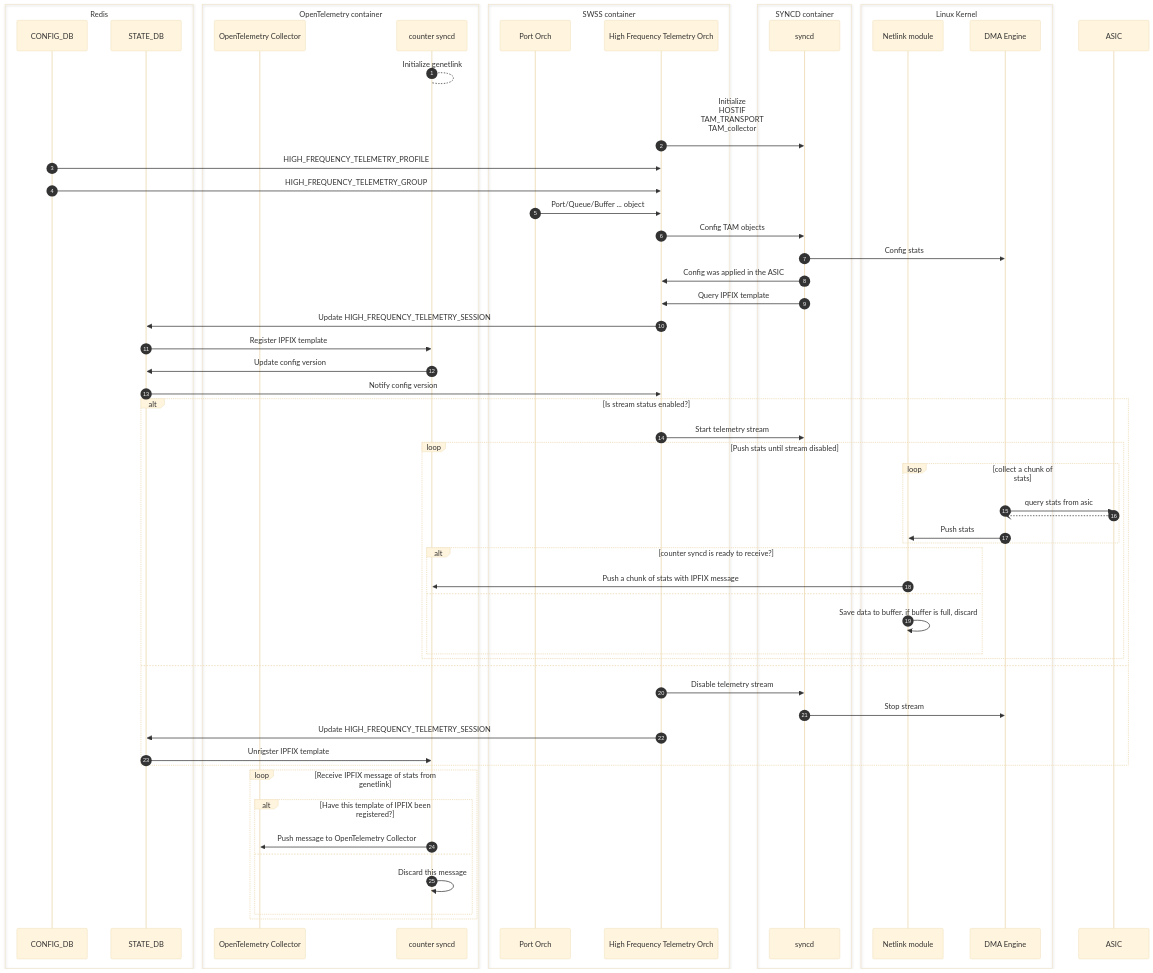
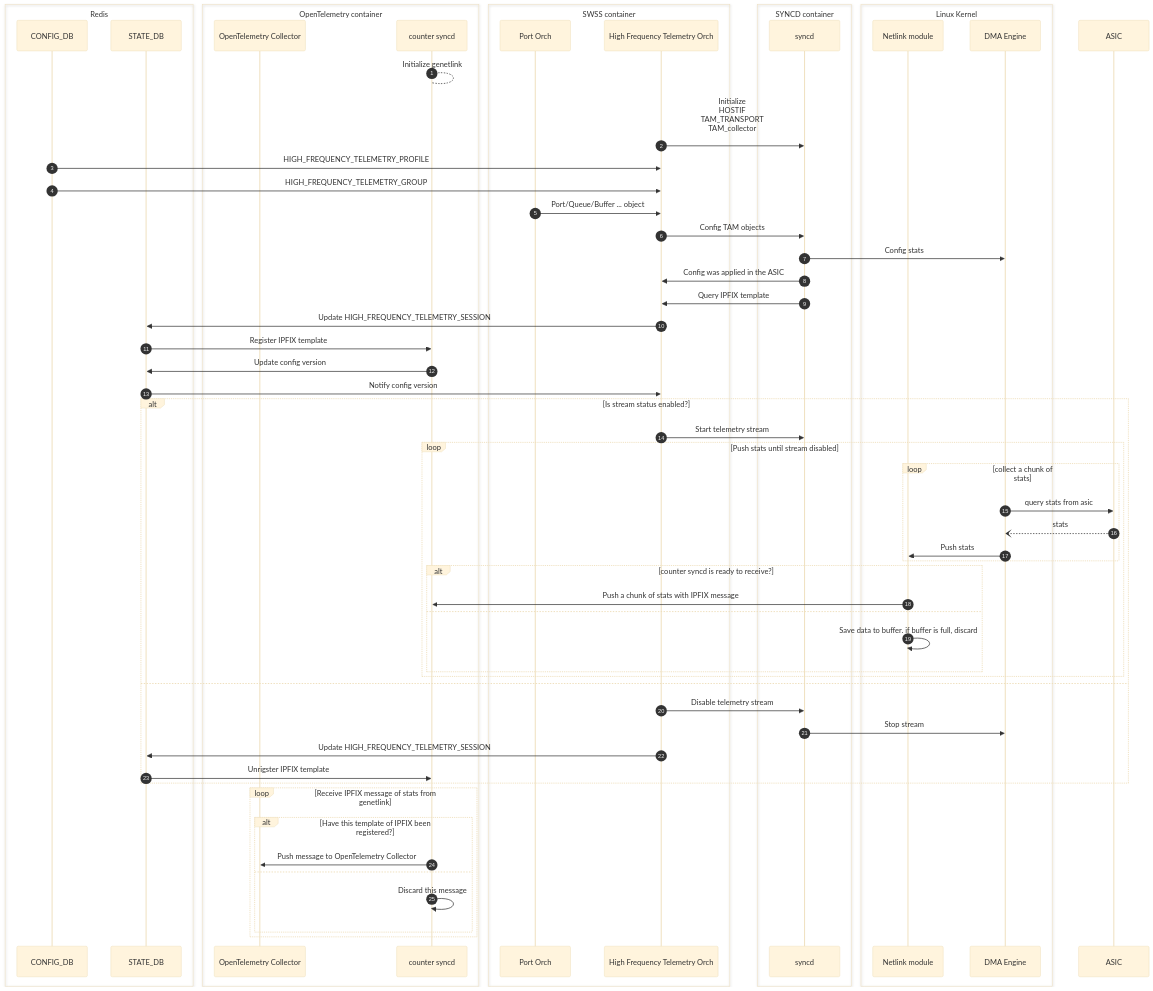
The tenth of 10 diagrams in doc/high-frequency-telemetry/high-frequency-telemetry-hld.md (sonic-net/SONiC), drawn with Mermaid (base theme) before and after one commit. The commit also changed other lines of this file, not shown here.

````diff
--- a/doc/high-frequency-telemetry/high-frequency-telemetry-hld.md
+++ b/doc/high-frequency-telemetry/high-frequency-telemetry-hld.md
@@ -554,73 +562,73 @@
 ``` mermaid
 
 sequenceDiagram
     autonumber
     box Redis
         participant config_db as CONFIG_DB
         participant state_db as STATE_DB
     end
     box OpenTelemetry container
         participant otel as OpenTelemetry Collector
         participant counter as counter syncd
     end
     box SWSS container
         participant port_orch as Port Orch
         participant hft_orch as High Frequency Telemetry Orch
     end
     box SYNCD container
         participant syncd
     end
     box Linux Kernel
         participant netlink_module as Netlink module
         participant dma_engine as DMA Engine
     end
     participant asic as ASIC
 
     counter --> counter: Initialize genetlink
     hft_orch ->> syncd: Initialize <br/>HOSTIF<br/>TAM_TRANSPORT<br/>TAM_collector<br/>
 
     config_db ->> hft_orch: HIGH_FREQUENCY_TELEMETRY_PROFILE
     config_db ->> hft_orch: HIGH_FREQUENCY_TELEMETRY_GROUP
     port_orch ->> hft_orch: Port/Queue/Buffer ... object
 
     hft_orch ->> syncd: Config TAM objects
 
     syncd ->> dma_engine: Config stats
     syncd ->> hft_orch: Config was applied in the ASIC
     syncd ->> hft_orch: Query IPFIX template
     hft_orch ->> state_db: Update HIGH_FREQUENCY_TELEMETRY_SESSION
     state_db ->> counter: Register IPFIX template
     counter ->> state_db: Update config version
     state_db ->> hft_orch: Notify config version
 
     alt Is stream status enabled?
 
         hft_orch ->> syncd: Start telemetry stream
 
         loop Push stats until stream disabled
             loop collect a chunk of stats
                 dma_engine ->> asic: query stats from asic
-                asic --) dma_engine:
+                asic --) dma_engine: stats
                 dma_engine ->> netlink_module: Push stats
             end
             alt counter syncd is ready to receive?
                 netlink_module ->> counter: Push a chunk of stats with IPFIX message
             else
                 netlink_module ->> netlink_module: Save data to buffer. if buffer is full, discard
             end
         end
     else
         hft_orch ->> syncd: Disable telemetry stream
         syncd ->> dma_engine: Stop stream
         hft_orch ->> state_db: Update HIGH_FREQUENCY_TELEMETRY_SESSION
         state_db ->> counter: Unrigster IPFIX template
     end
     loop Receive IPFIX message of stats from genetlink
         alt Have this template of IPFIX been registered?
             counter ->> otel: Push message to OpenTelemetry Collector
         else
             counter ->> counter: Discard this message
         end
     end
 
 ```
````
